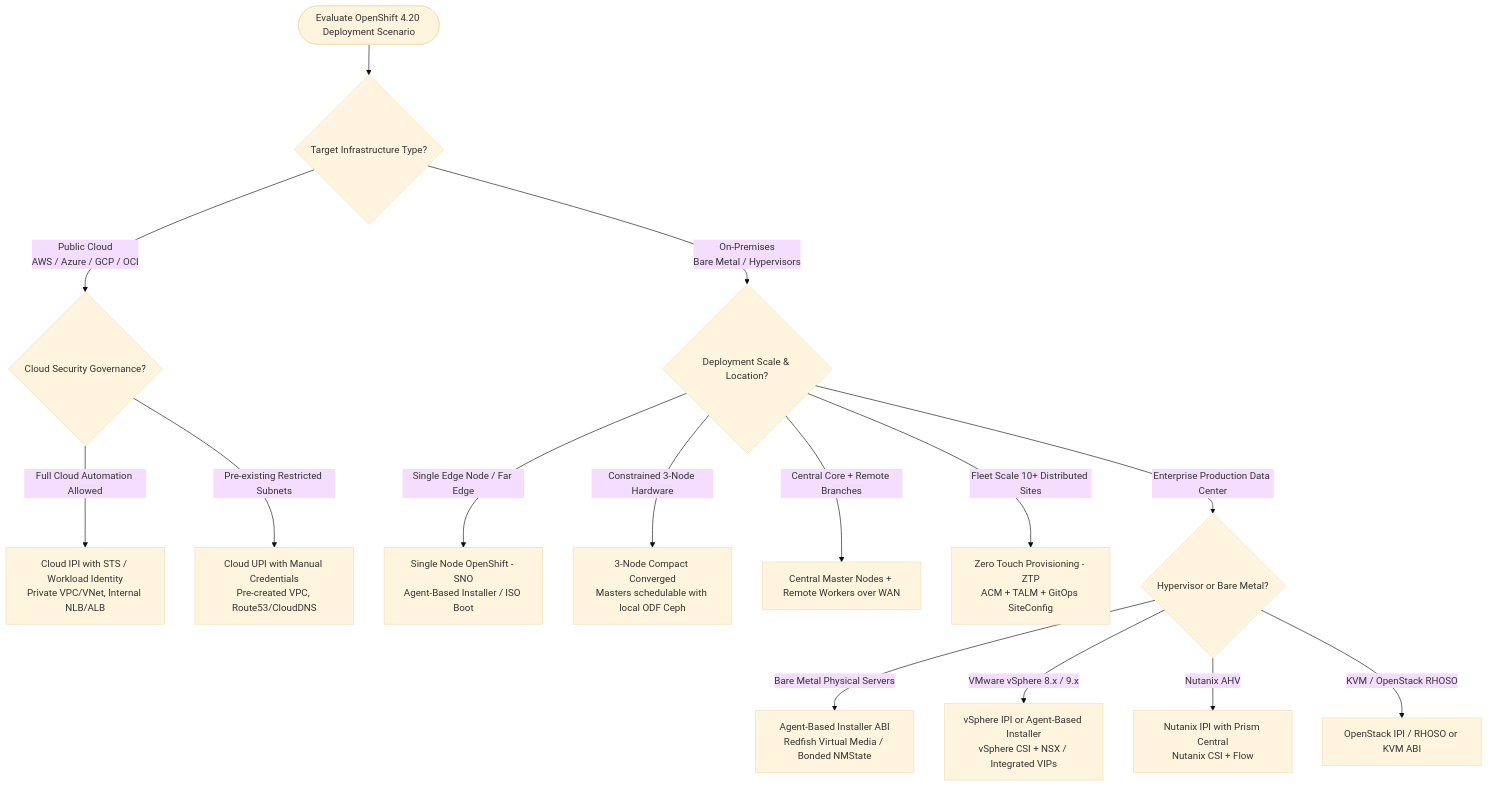
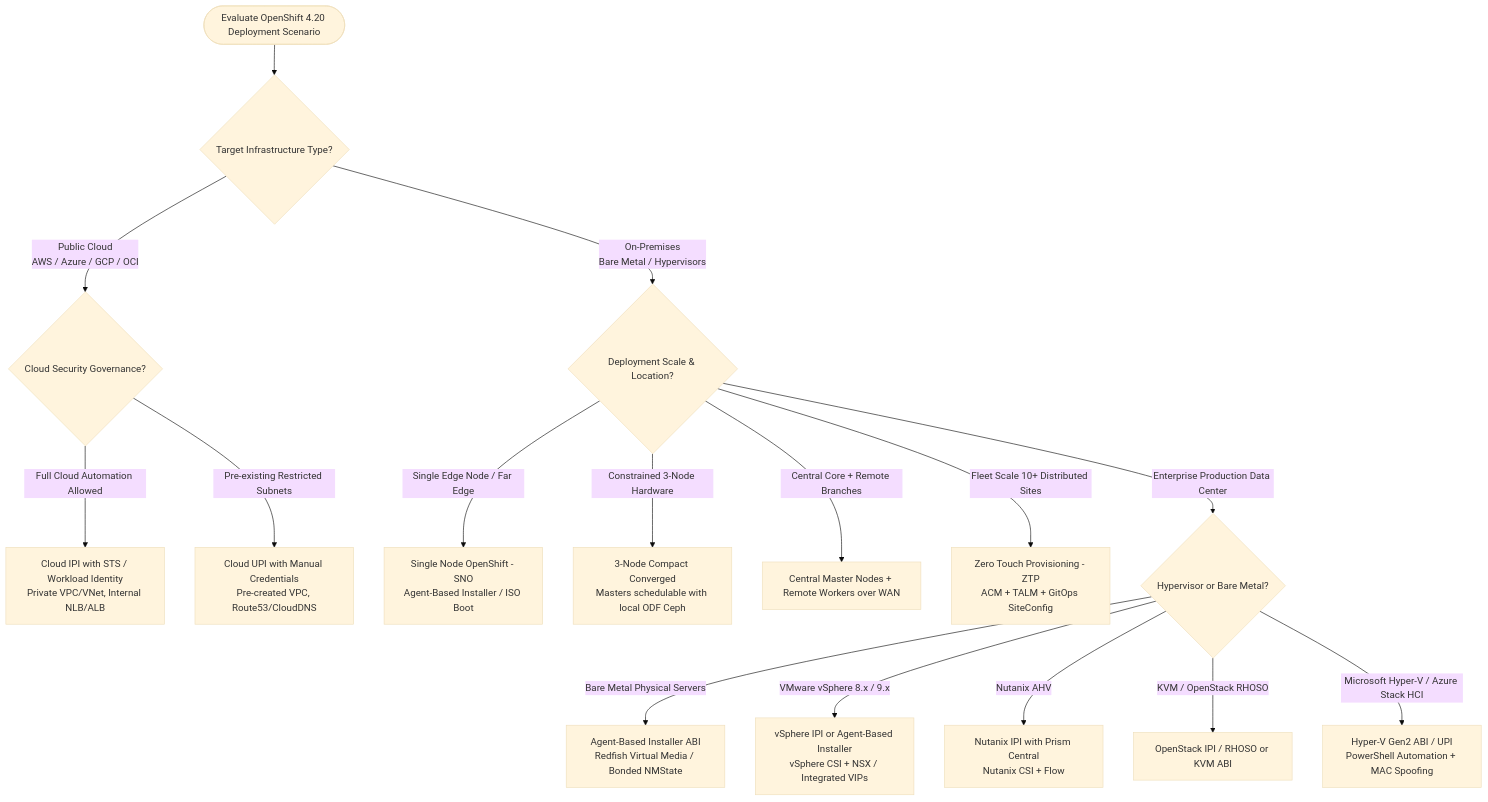
One commit to nubenetes/openshift-4-20-installation-day0-day2 changed the diagram in README.md. Above: the diagram before and after it, drawn with Mermaid (base theme). The commit also changed other lines of this file and 3 other files, not shown here.

Commit message:
feat: add Microsoft Hyper-V & Azure Stack HCI deployment guide and PowerShell automation

````diff
--- a/README.md
+++ b/README.md
@@ -34,23 +34,24 @@
 ```mermaid
 flowchart TD
     Start([Evaluate OpenShift 4.20 Deployment Scenario]) --> Env{Target Infrastructure Type?}
     
     %% Public Cloud Branch
     Env -- Public Cloud<br/>AWS / Azure / GCP / OCI --> CloudSec{Cloud Security Governance?}
     CloudSec -- Full Cloud Automation Allowed --> CloudIPI[Cloud IPI with STS / Workload Identity<br/>Private VPC/VNet, Internal NLB/ALB]
     CloudSec -- Pre-existing Restricted Subnets --> CloudUPI[Cloud UPI with Manual Credentials<br/>Pre-created VPC, Route53/CloudDNS]
     
     %% On-Premises Branch
     Env -- On-Premises<br/>Bare Metal / Hypervisors --> Scale{Deployment Scale & Location?}
     
     Scale -- Single Edge Node / Far Edge --> SNO[Single Node OpenShift - SNO<br/>Agent-Based Installer / ISO Boot]
     Scale -- Constrained 3-Node Hardware --> Compact[3-Node Compact Converged<br/>Masters schedulable with local ODF Ceph]
     Scale -- Central Core + Remote Branches --> RW[Central Master Nodes + Remote Workers over WAN]
     Scale -- Fleet Scale 10+ Distributed Sites --> ZTP[Zero Touch Provisioning - ZTP<br/>ACM + TALM + GitOps SiteConfig]
     Scale -- Enterprise Production Data Center --> DCPlatform{Hypervisor or Bare Metal?}
     
     DCPlatform -- Bare Metal Physical Servers --> ABI_BM[Agent-Based Installer ABI<br/>Redfish Virtual Media / Bonded NMState]
     DCPlatform -- VMware vSphere 8.x / 9.x --> ABI_VMW[vSphere IPI or Agent-Based Installer<br/>vSphere CSI + NSX / Integrated VIPs]
     DCPlatform -- Nutanix AHV --> NutanixIPI[Nutanix IPI with Prism Central<br/>Nutanix CSI + Flow]
     DCPlatform -- KVM / OpenStack RHOSO --> KVM_IPI[OpenStack IPI / RHOSO or KVM ABI]
+    DCPlatform -- Microsoft Hyper-V / Azure Stack HCI --> HyperV[Hyper-V Gen2 ABI / UPI<br/>PowerShell Automation + MAC Spoofing]
 ```
````
